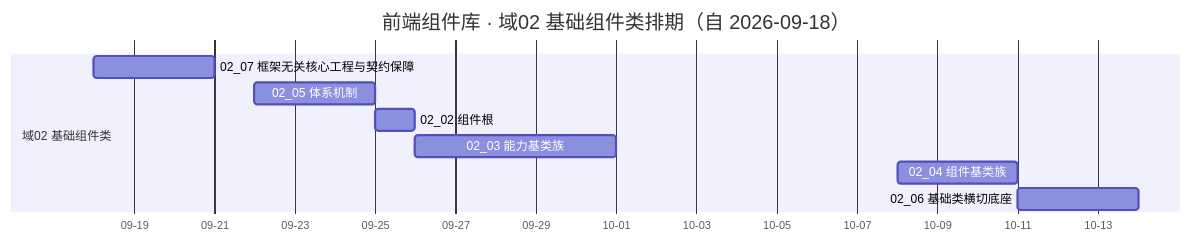
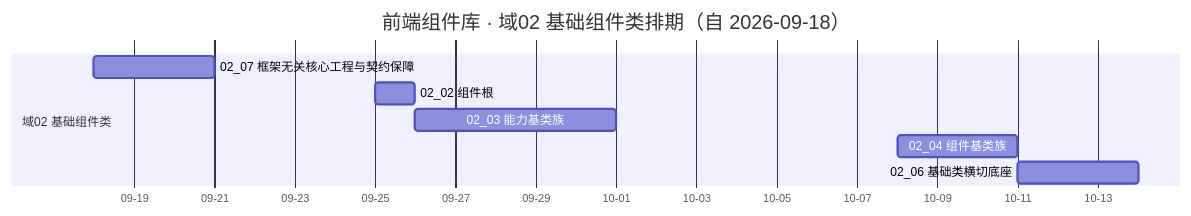
One commit to minjian123/basic-management-system changed the diagram in bms文档/项目/04_前端组件库/计划/01_计划_前端组件库.md. Above: the diagram before and after it, drawn with Mermaid. The commit also changed other lines of this file and 6 other files, not shown here.

````diff
--- a/bms文档/项目/04_前端组件库/计划/01_计划_前端组件库.md
+++ b/bms文档/项目/04_前端组件库/计划/01_计划_前端组件库.md
@@ -37,13 +37,12 @@
 ```mermaid
 gantt
     title 前端组件库 · 域02 基础组件类排期（自 2026-09-18）
     dateFormat  YYYY-MM-DD
     axisFormat %m-%d
     section 域02 基础组件类
     02_07 框架无关核心工程与契约保障 :a07, 2026-09-18, 3d
-    02_05 体系机制                   :a05, 2026-09-22, 3d
     02_02 组件根                     :a02, 2026-09-25, 1d
     02_03 能力基类族                 :a03, 2026-09-26, 5d
     02_04 组件基类族                 :a04, 2026-10-08, 3d
     02_06 基础类横切底座             :a06, 2026-10-11, 3d
 ```
````
